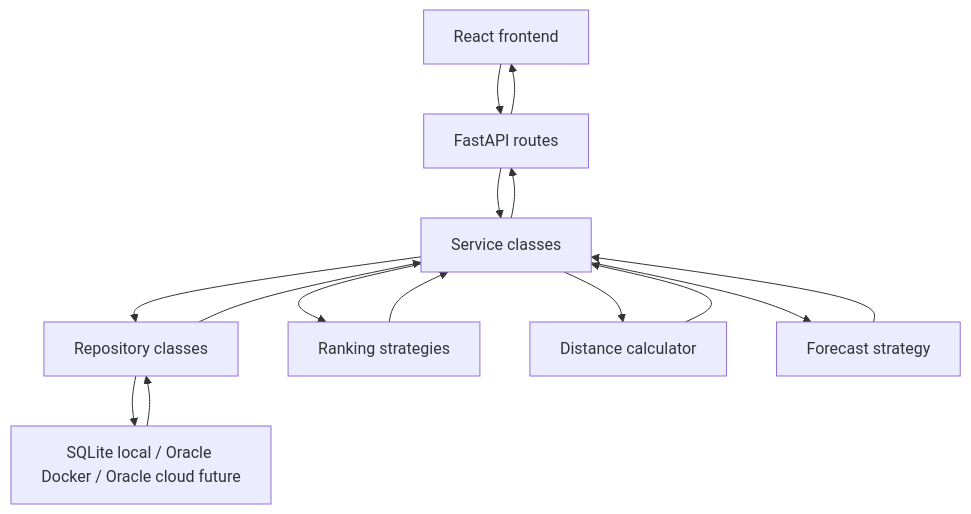
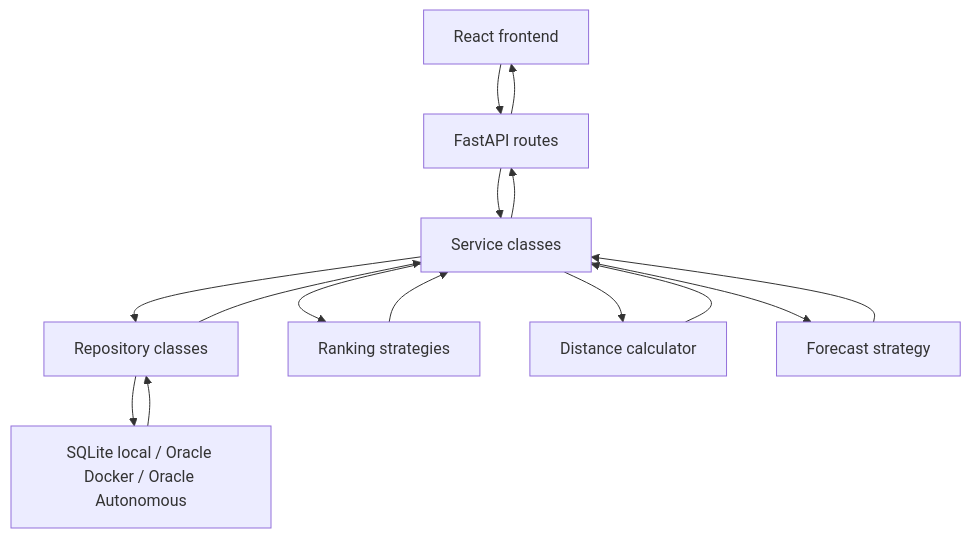
Before and after one commit to Arthemisto/FuelFinder: the second of 4 diagrams in BACKEND_DESIGN.md, drawn with Mermaid. The commit also changed other lines of this file and 7 other files, not shown here.

````diff
--- a/BACKEND_DESIGN.md
+++ b/BACKEND_DESIGN.md
@@ -1219,19 +1220,19 @@
 ```mermaid
 flowchart TD
   Frontend["React frontend"] --> Routes["FastAPI routes"]
   Routes --> Services["Service classes"]
   Services --> Repositories["Repository classes"]
-  Repositories --> Database["SQLite local / Oracle Docker / Oracle cloud future"]
+  Repositories --> Database["SQLite local / Oracle Docker / Oracle Autonomous"]
 
   Services --> Ranking["Ranking strategies"]
   Services --> Distance["Distance calculator"]
   Services --> Forecast["Forecast strategy"]
 
   Database --> Repositories
   Repositories --> Services
   Ranking --> Services
   Distance --> Services
   Forecast --> Services
   Services --> Routes
   Routes --> Frontend
 ```
````
